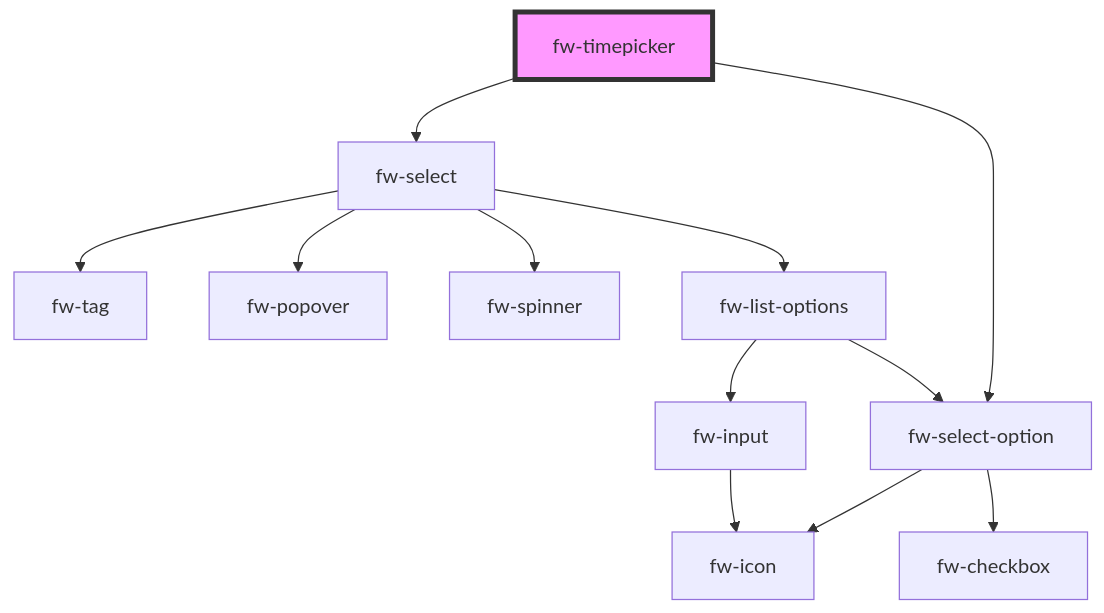
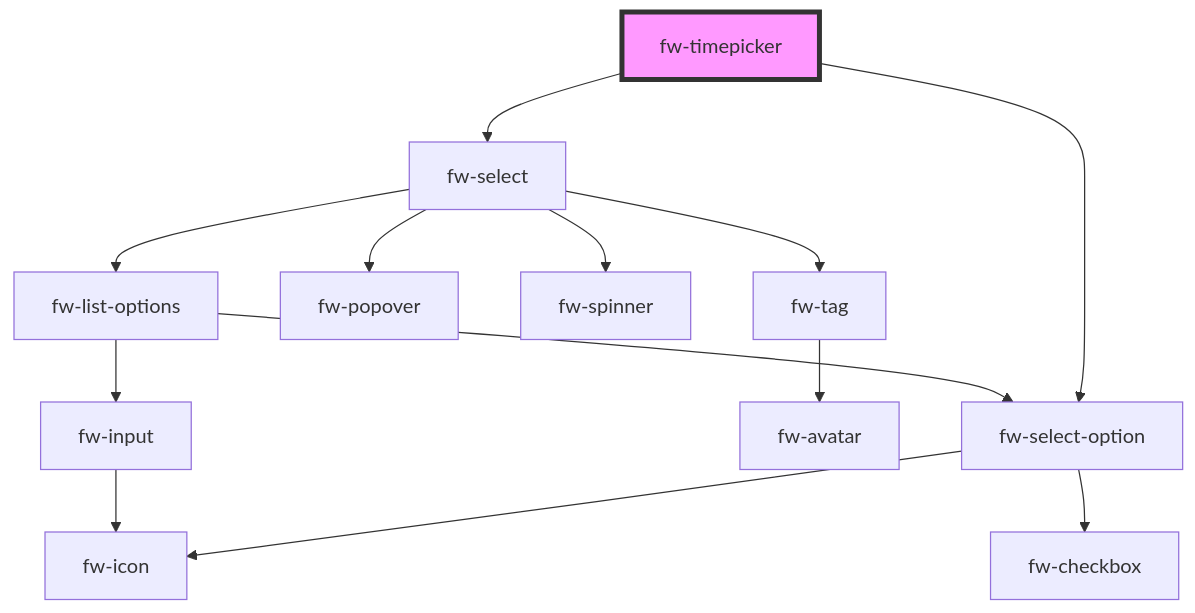
One commit to freshworks/crayons changed the diagram in packages/crayons-core/src/components/timepicker/readme.md. Above: the diagram before and after it, drawn with Mermaid. The commit also changed 8 other files, not shown here.

Commit message:
feat(fw-tag): added avatar variant for tag

````diff
--- a/packages/crayons-core/src/components/timepicker/readme.md
+++ b/packages/crayons-core/src/components/timepicker/readme.md
@@ -68,15 +68,16 @@
 ```mermaid
 graph TD;
   fw-timepicker --> fw-select
   fw-timepicker --> fw-select-option
   fw-select --> fw-tag
   fw-select --> fw-popover
   fw-select --> fw-spinner
   fw-select --> fw-list-options
+  fw-tag --> fw-avatar
   fw-list-options --> fw-select-option
   fw-list-options --> fw-input
   fw-select-option --> fw-icon
   fw-select-option --> fw-checkbox
   fw-input --> fw-icon
   style fw-timepicker fill:#f9f,stroke:#333,stroke-width:4px
 ```
````
